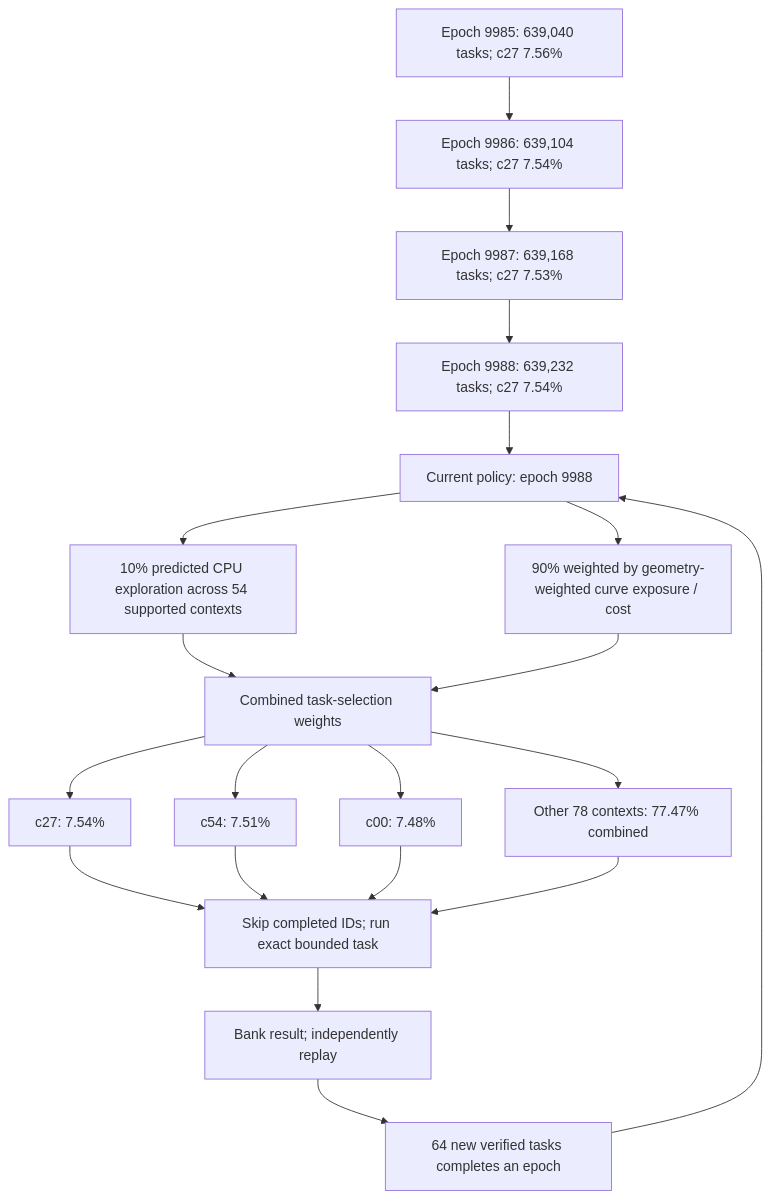
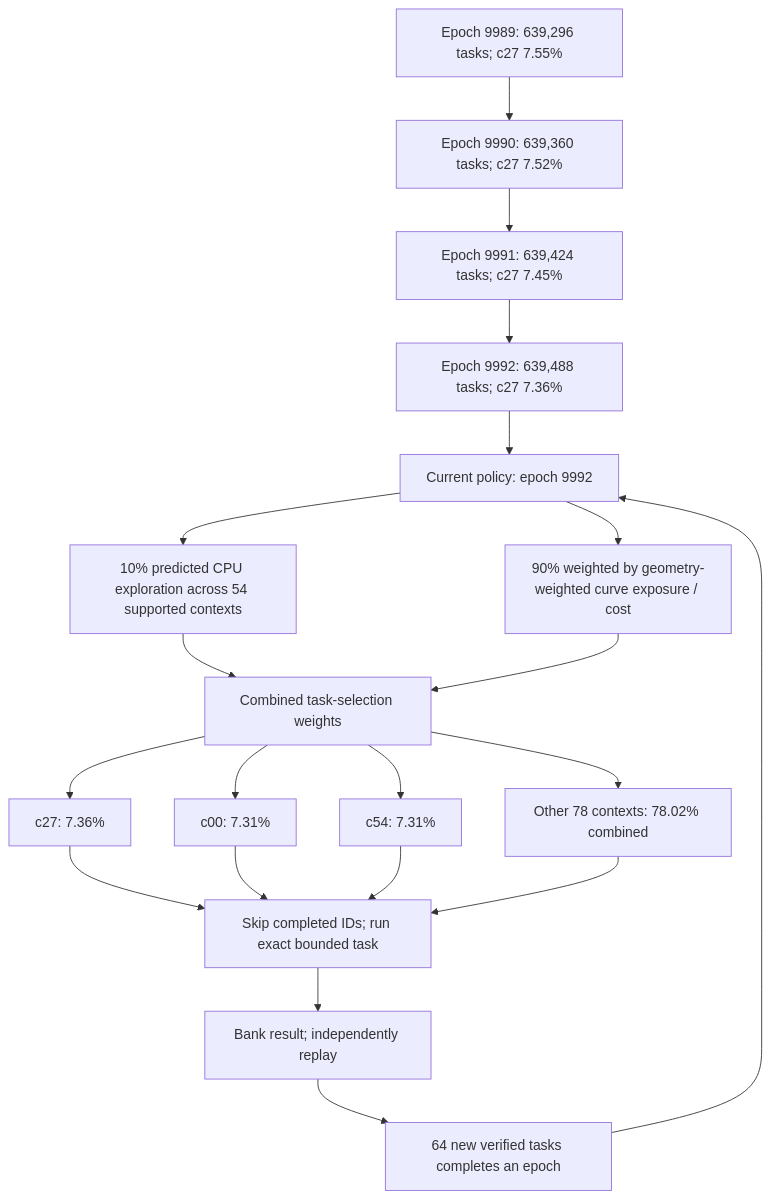
Before and after one commit to Kuberwastaken/math-gambling: the first of 4 diagrams in README.md, drawn with Mermaid. The commit also changed other lines of this file and 630 other files, not shown here.

````diff
--- a/README.md
+++ b/README.md
@@ -60,27 +60,27 @@
 ```mermaid
 flowchart TD
-    H0["Epoch 9985: 639,040 tasks; c27 7.56%"]
-    H1["Epoch 9986: 639,104 tasks; c27 7.54%"]
+    H0["Epoch 9989: 639,296 tasks; c27 7.55%"]
+    H1["Epoch 9990: 639,360 tasks; c27 7.52%"]
     H0 --> H1
-    H2["Epoch 9987: 639,168 tasks; c27 7.53%"]
+    H2["Epoch 9991: 639,424 tasks; c27 7.45%"]
     H1 --> H2
-    H3["Epoch 9988: 639,232 tasks; c27 7.54%"]
+    H3["Epoch 9992: 639,488 tasks; c27 7.36%"]
     H2 --> H3
-    Policy["Current policy: epoch 9988"]
+    Policy["Current policy: epoch 9992"]
     H3 --> Policy
     Policy --> Explore["10% predicted CPU exploration across 54 supported contexts"]
     Policy --> Cost["90% weighted by geometry-weighted curve exposure / cost"]
     Explore --> Mix["Combined task-selection weights"]
     Cost --> Mix
-    Mix --> C0["c27: 7.54%"]
-    Mix --> C1["c54: 7.51%"]
-    Mix --> C2["c00: 7.48%"]
-    Mix --> Rest["Other 78 contexts: 77.47% combined"]
+    Mix --> C0["c27: 7.36%"]
+    Mix --> C1["c00: 7.31%"]
+    Mix --> C2["c54: 7.31%"]
+    Mix --> Rest["Other 78 contexts: 78.02% combined"]
     C0 --> Check["Skip completed IDs; run exact bounded task"]
     C1 --> Check
     C2 --> Check
     Rest --> Check
     Check --> Replay["Bank result; independently replay"]
     Replay --> Gate["64 new verified tasks completes an epoch"]
     Gate --> Policy
 ```
````
